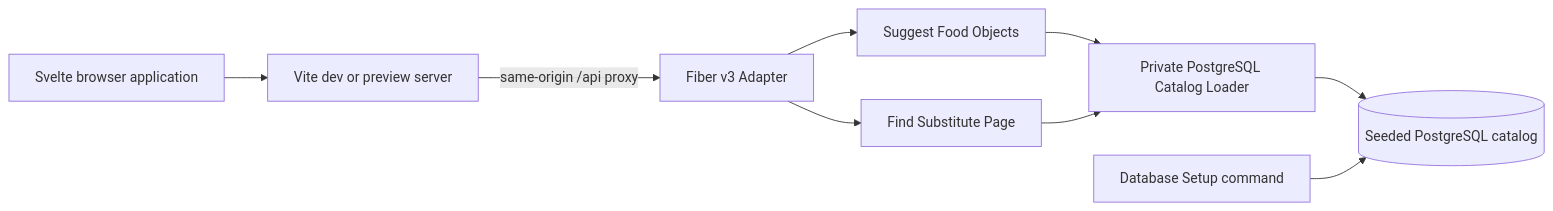
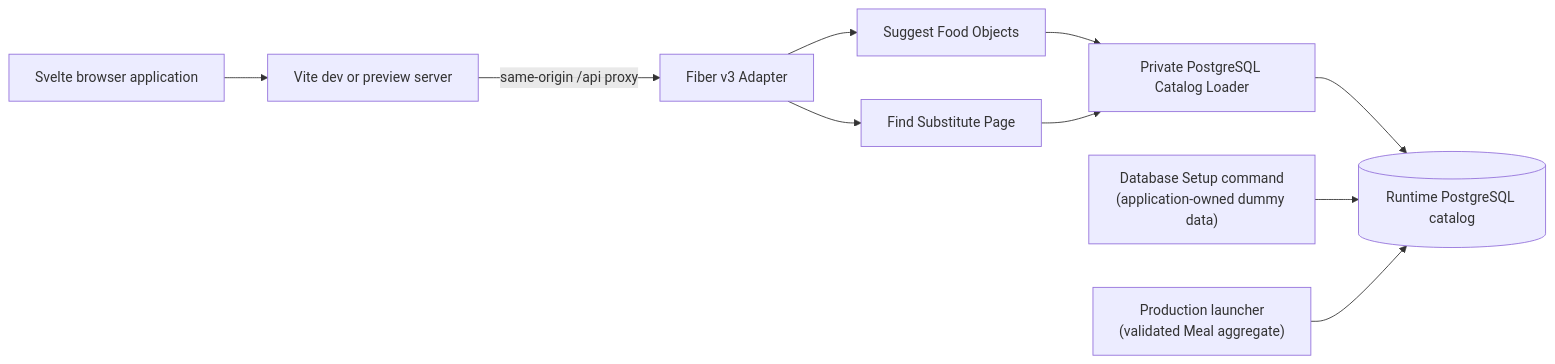
One commit to wiktor-jedski/obiad changed the diagram in docs/architecture/architecture.md. Above: the diagram before and after it, drawn with Mermaid. The commit also changed other lines of this file and 2 other files, not shown here.

Commit message:
Repair catalog contract boundaries

````diff
--- a/docs/architecture/architecture.md
+++ b/docs/architecture/architecture.md
@@ -11,11 +11,12 @@
 ```mermaid
 flowchart LR
     Browser["Svelte browser application"] --> Vite["Vite dev or preview server"]
     Vite -->|"same-origin /api proxy"| Fiber["Fiber v3 Adapter"]
     Fiber --> Suggest["Suggest Food Objects"]
     Fiber --> Substitute["Find Substitute Page"]
     Suggest --> Loader["Private PostgreSQL Catalog Loader"]
     Substitute --> Loader
-    Loader --> Catalog[("Seeded PostgreSQL catalog")]
-    Setup["Database Setup command"] --> Catalog
+    Loader --> Catalog[("Runtime PostgreSQL catalog")]
+    Setup["Database Setup command<br/>(application-owned dummy data)"] --> Catalog
+    Production["Production launcher<br/>(validated Meal aggregate)"] --> Catalog
 ```
````
